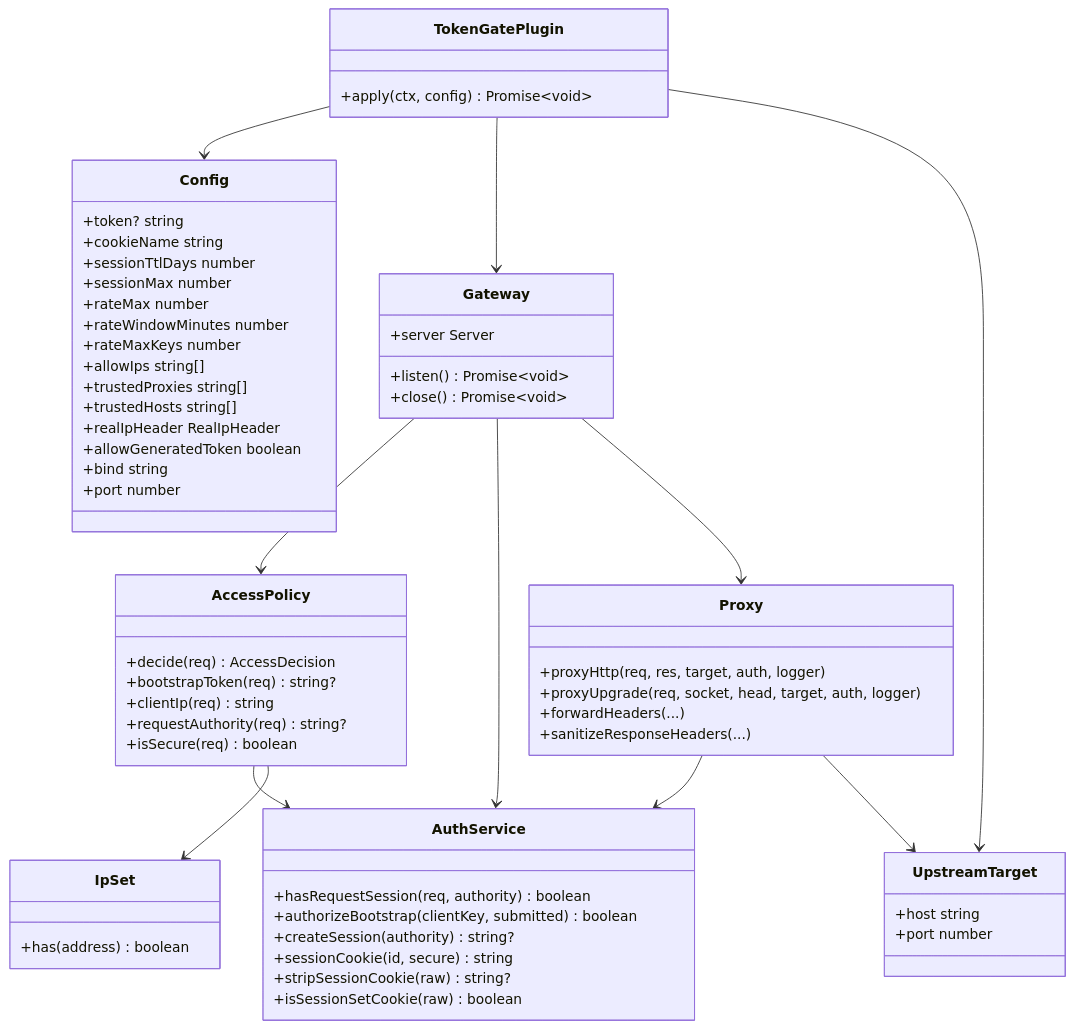
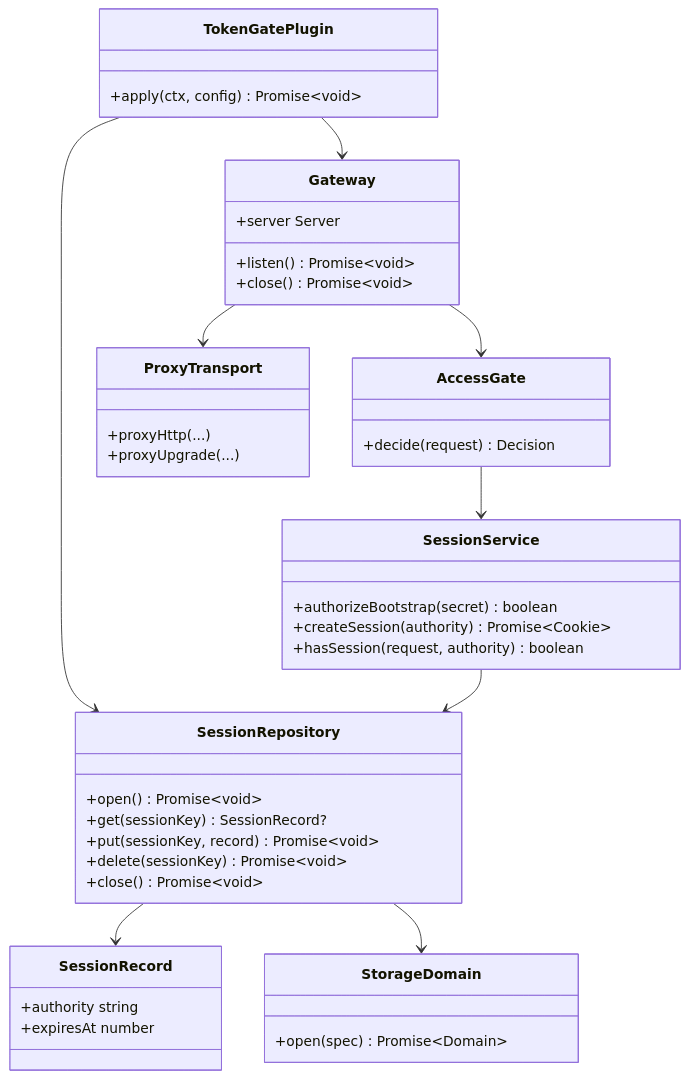
One commit to Ri0n72Y/dsh-token-gate changed the fifth of 9 diagrams in spec/architecture.md. Above: the diagram before and after it, drawn with Mermaid. The commit also changed other lines of this file, not shown here.

Commit message:
docs: redesign architecture from product requirements

````diff
--- a/spec/architecture.md
+++ b/spec/architecture.md
@@ -120,73 +179,53 @@
 ```mermaid
 classDiagram
-    class Config {
-      +token? string
-      +cookieName string
-      +sessionTtlDays number
-      +sessionMax number
-      +rateMax number
-      +rateWindowMinutes number
-      +rateMaxKeys number
-      +allowIps string[]
-      +trustedProxies string[]
-      +trustedHosts string[]
-      +realIpHeader RealIpHeader
-      +allowGeneratedToken boolean
-      +bind string
-      +port number
-    }
-
     class TokenGatePlugin {
       +apply(ctx, config) Promise~void~
     }
 
     class Gateway {
       +server Server
       +listen() Promise~void~
       +close() Promise~void~
     }
 
-    class AccessPolicy {
-      +decide(req) AccessDecision
-      +bootstrapToken(req) string?
-      +clientIp(req) string
-      +requestAuthority(req) string?
-      +isSecure(req) boolean
+    class AccessGate {
+      +decide(request) Decision
     }
 
-    class AuthService {
-      +hasRequestSession(req, authority) boolean
-      +authorizeBootstrap(clientKey, submitted) boolean
-      +createSession(authority) string?
-      +sessionCookie(id, secure) string
-      +stripSessionCookie(raw) string?
-      +isSessionSetCookie(raw) boolean
+    class SessionService {
+      +authorizeBootstrap(secret) boolean
+      +createSession(authority) Promise~Cookie~
+      +hasSession(request, authority) boolean
     }
 
-    class IpSet {
-      +has(address) boolean
+    class SessionRepository {
+      +open() Promise~void~
+      +get(sessionKey) SessionRecord?
+      +put(sessionKey, record) Promise~void~
+      +delete(sessionKey) Promise~void~
+      +close() Promise~void~
     }
 
-    class Proxy {
-      +proxyHttp(req, res, target, auth, logger)
-      +proxyUpgrade(req, socket, head, target, auth, logger)
-      +forwardHeaders(...)
-      +sanitizeResponseHeaders(...)
+    class SessionRecord {
+      +authority string
+      +expiresAt number
     }
 
-    class UpstreamTarget {
-      +host string
-      +port number
+    class StorageDomain {
+      +open(spec) Promise~Domain~
     }
 
-    TokenGatePlugin --> Config
+    class ProxyTransport {
+      +proxyHttp(...)
+      +proxyUpgrade(...)
+    }
+
     TokenGatePlugin --> Gateway
-    TokenGatePlugin --> UpstreamTarget
-    Gateway --> AccessPolicy
-    Gateway --> AuthService
-    Gateway --> Proxy
-    AccessPolicy --> AuthService
-    AccessPolicy --> IpSet
-    Proxy --> AuthService
-    Proxy --> UpstreamTarget
+    TokenGatePlugin --> SessionRepository
+    Gateway --> AccessGate
+    AccessGate --> SessionService
+    SessionService --> SessionRepository
+    SessionRepository --> SessionRecord
+    SessionRepository --> StorageDomain
+    Gateway --> ProxyTransport
 ```
````
